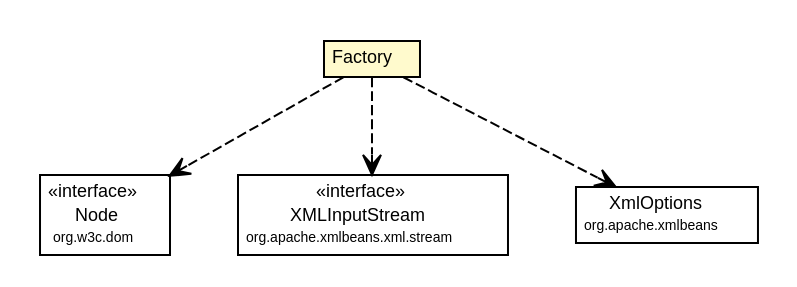
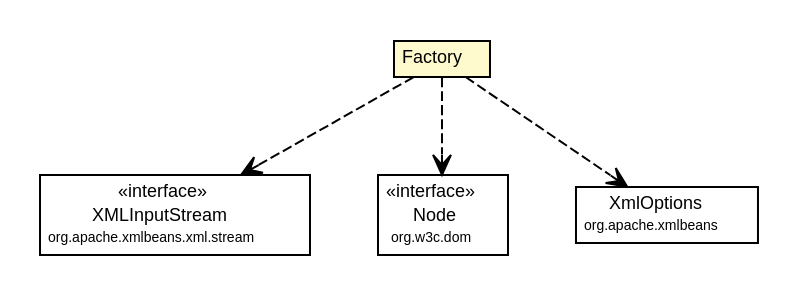
Before and after one commit to synchronoss/cpo-util: the diagram in site/apidocs/org/synchronoss/cpo/util/cpoUtilConfig/CtDataConfig.Factory.dot, drawn with Graphviz. The commit also changed 308 other files, not shown here.

Commit message:
Creating site for cpoUtil, 5.0.2-SNAPSHOT

```diff
--- a/site/apidocs/org/synchronoss/cpo/util/cpoUtilConfig/CtDataConfig.Factory.dot
+++ b/site/apidocs/org/synchronoss/cpo/util/cpoUtilConfig/CtDataConfig.Factory.dot
@@ -1,45 +1,45 @@
 #!/usr/local/bin/dot
 #
 # Class diagram 
 # Generated by UmlGraph version 4.6 (http://www.spinellis.gr/sw/umlgraph)
 #
 
 digraph G {
 	edge [fontname="Helvetica",fontsize=10,labelfontname="Helvetica",labelfontsize=10];
 	node [fontname="Helvetica",fontsize=10,shape=plaintext];
 	// org.synchronoss.cpo.util.cpoUtilConfig.CtDataConfig.Factory
 	c4689 [label=<<table border="0" cellborder="1" cellspacing="0" cellpadding="2" port="p" bgcolor="lemonChiffon" href="./CtDataConfig.Factory.html">
 		<tr><td><table border="0" cellspacing="0" cellpadding="1">
 			<tr><td> Factory </td></tr>
 		</table></td></tr>
 		</table>>, fontname="Helvetica", fontcolor="black", fontsize=9.0];
+	// org.synchronoss.cpo.util.cpoUtilConfig.CtDataConfig.Factory DEPEND org.apache.xmlbeans.xml.stream.XMLInputStream
+	c4689:p -> c4706:p [taillabel="", label="", headlabel="", fontname="Helvetica", fontcolor="black", fontsize=10.0, color="black", arrowhead=open, style=dashed];
 	// org.synchronoss.cpo.util.cpoUtilConfig.CtDataConfig.Factory DEPEND org.w3c.dom.Node
-	c4689:p -> c4706:p [taillabel="", label="", headlabel="", fontname="Helvetica", fontcolor="black", fontsize=10.0, color="black", arrowhead=open, style=dashed];
-	// org.synchronoss.cpo.util.cpoUtilConfig.CtDataConfig.Factory DEPEND org.apache.xmlbeans.xml.stream.XMLInputStream
 	c4689:p -> c4707:p [taillabel="", label="", headlabel="", fontname="Helvetica", fontcolor="black", fontsize=10.0, color="black", arrowhead=open, style=dashed];
 	// org.synchronoss.cpo.util.cpoUtilConfig.CtDataConfig.Factory DEPEND org.apache.xmlbeans.XmlOptions
 	c4689:p -> c4710:p [taillabel="", label="", headlabel="", fontname="Helvetica", fontcolor="black", fontsize=10.0, color="black", arrowhead=open, style=dashed];
 	// org.apache.xmlbeans.xml.stream.XMLInputStream
-	c4707 [label=<<table border="0" cellborder="1" cellspacing="0" cellpadding="2" port="p" href="http://java.sun.com/j2se/1.4.2/docs/api/org/apache/xmlbeans/xml/stream/XMLInputStream.html">
+	c4706 [label=<<table border="0" cellborder="1" cellspacing="0" cellpadding="2" port="p" href="http://java.sun.com/j2se/1.4.2/docs/api/org/apache/xmlbeans/xml/stream/XMLInputStream.html">
 		<tr><td><table border="0" cellspacing="0" cellpadding="1">
 			<tr><td> &laquo;interface&raquo; </td></tr>
 			<tr><td> XMLInputStream </td></tr>
 			<tr><td><font point-size="7.0"> org.apache.xmlbeans.xml.stream </font></td></tr>
 		</table></td></tr>
 		</table>>, fontname="Helvetica", fontcolor="black", fontsize=9.0];
 	// org.w3c.dom.Node
-	c4706 [label=<<table border="0" cellborder="1" cellspacing="0" cellpadding="2" port="p" href="http://java.sun.com/j2se/1.4.2/docs/api/org/w3c/dom/Node.html">
+	c4707 [label=<<table border="0" cellborder="1" cellspacing="0" cellpadding="2" port="p" href="http://java.sun.com/j2se/1.4.2/docs/api/org/w3c/dom/Node.html">
 		<tr><td><table border="0" cellspacing="0" cellpadding="1">
 			<tr><td> &laquo;interface&raquo; </td></tr>
 			<tr><td> Node </td></tr>
 			<tr><td><font point-size="7.0"> org.w3c.dom </font></td></tr>
 		</table></td></tr>
 		</table>>, fontname="Helvetica", fontcolor="black", fontsize=9.0];
 	// org.apache.xmlbeans.XmlOptions
 	c4710 [label=<<table border="0" cellborder="1" cellspacing="0" cellpadding="2" port="p" href="http://java.sun.com/j2se/1.4.2/docs/api/org/apache/xmlbeans/XmlOptions.html">
 		<tr><td><table border="0" cellspacing="0" cellpadding="1">
 			<tr><td> XmlOptions </td></tr>
 			<tr><td><font point-size="7.0"> org.apache.xmlbeans </font></td></tr>
 		</table></td></tr>
 		</table>>, fontname="Helvetica", fontcolor="black", fontsize=9.0];
 }
```
